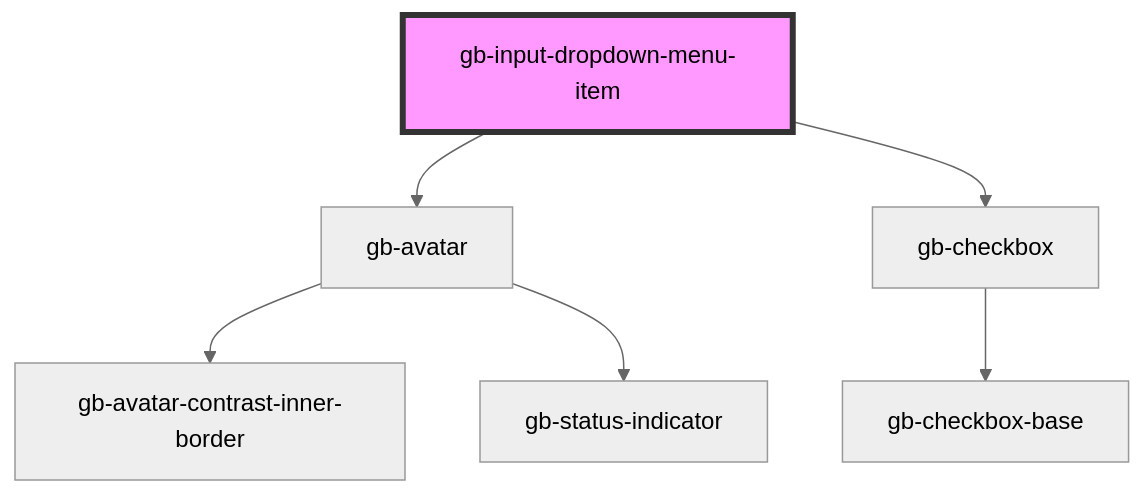
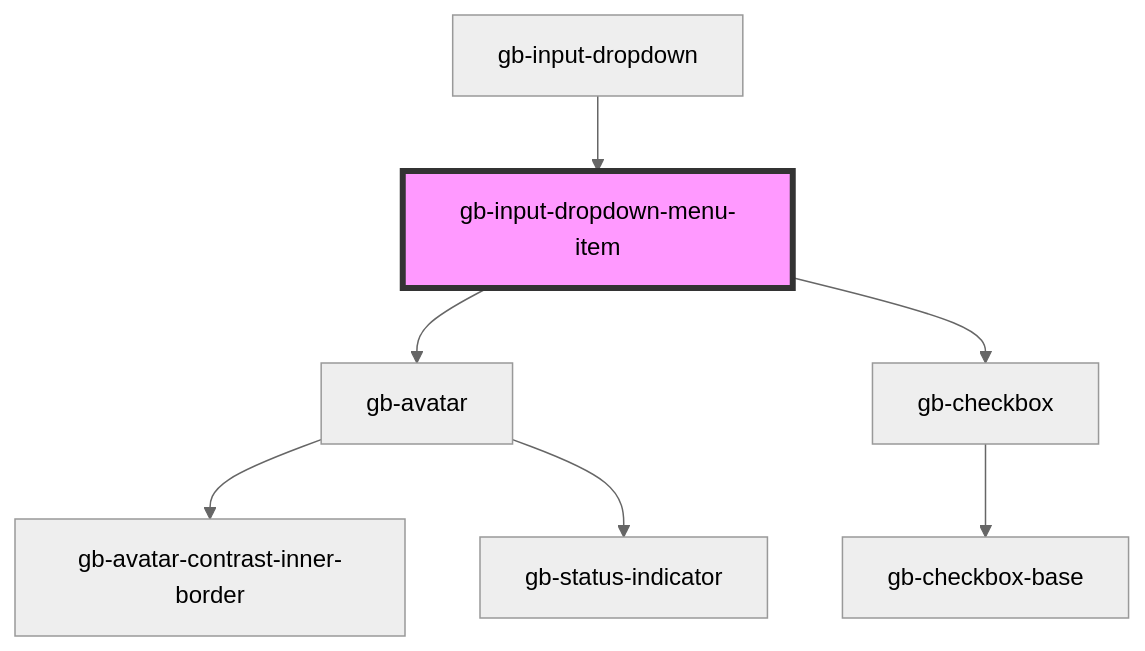
Before and after one commit to Emmanuel1858/globusComponent: the diagram in src/components/gb-input-dropdown-menu-item/readme.md, drawn with Mermaid (neutral theme). The commit also changed other lines of this file and 31 other files, not shown here.

````diff
--- a/src/components/gb-input-dropdown-menu-item/readme.md
+++ b/src/components/gb-input-dropdown-menu-item/readme.md
@@ -26,9 +30,10 @@
 ```mermaid
 graph TD;
   gb-input-dropdown-menu-item --> gb-avatar
   gb-input-dropdown-menu-item --> gb-checkbox
   gb-avatar --> gb-avatar-contrast-inner-border
   gb-avatar --> gb-status-indicator
   gb-checkbox --> gb-checkbox-base
+  gb-input-dropdown --> gb-input-dropdown-menu-item
   style gb-input-dropdown-menu-item fill:#f9f,stroke:#333,stroke-width:4px
 ```
````
